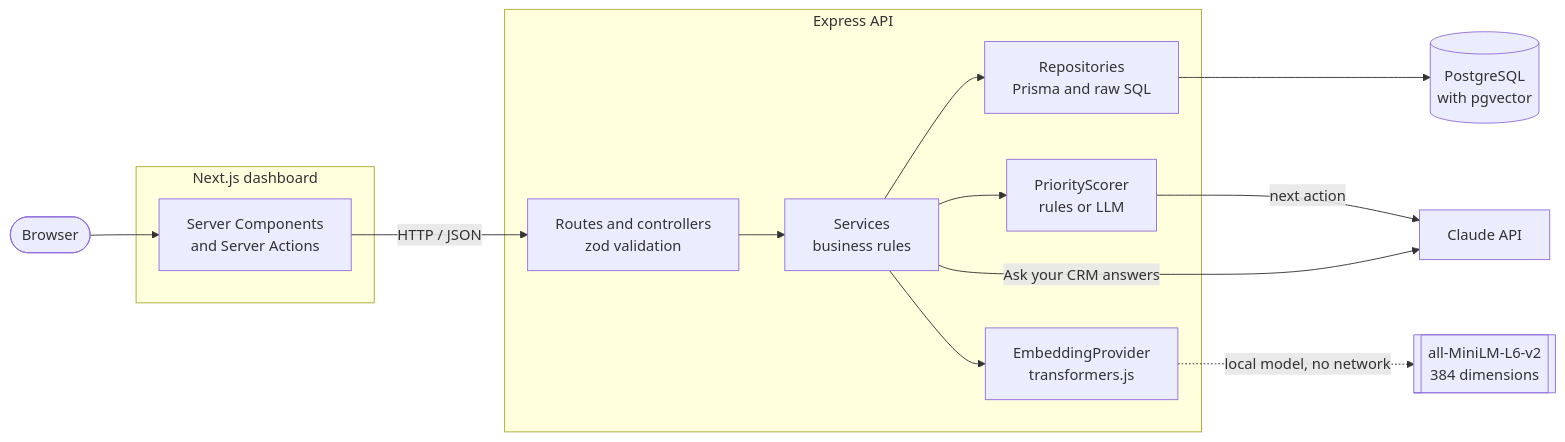
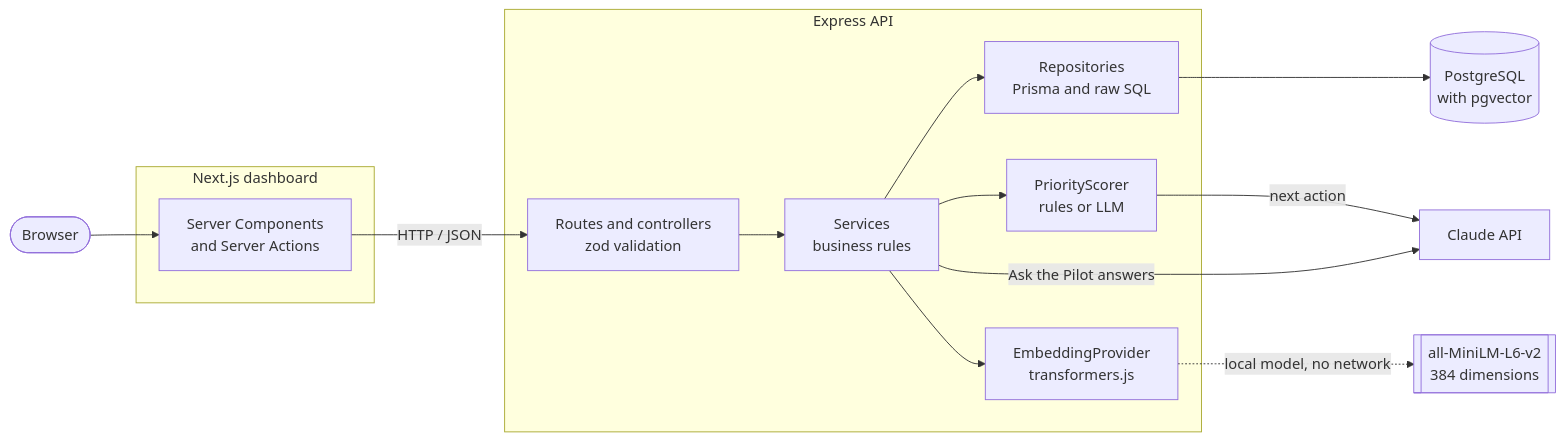
Before and after one commit to GabiYlw/PilotDeal: the diagram in README.md, drawn with Mermaid. The commit also changed other lines of this file and 91 other files, not shown here.

Commit message:
feat(web): phone layout and rename Companies to Clients and Ask to Ask the Pilot

````diff
--- a/README.md
+++ b/README.md
@@ -40,21 +41,21 @@
 ```mermaid
 flowchart LR
     user([Browser]) --> web
 
     subgraph web_app [Next.js dashboard]
         web[Server Components<br/>and Server Actions]
     end
 
     subgraph api_app [Express API]
         routes[Routes and controllers<br/>zod validation] --> services[Services<br/>business rules]
         services --> repos[Repositories<br/>Prisma and raw SQL]
         services --> scorers[PriorityScorer<br/>rules or LLM]
         services --> embed[EmbeddingProvider<br/>transformers.js]
     end
 
     web -- HTTP / JSON --> routes
     repos --> db[(PostgreSQL<br/>with pgvector)]
     scorers -- next action --> claude[Claude API]
-    services -- Ask your CRM answers --> claude
+    services -- Ask the Pilot answers --> claude
     embed -. local model, no network .-> model[[all-MiniLM-L6-v2<br/>384 dimensions]]
 ```
````
